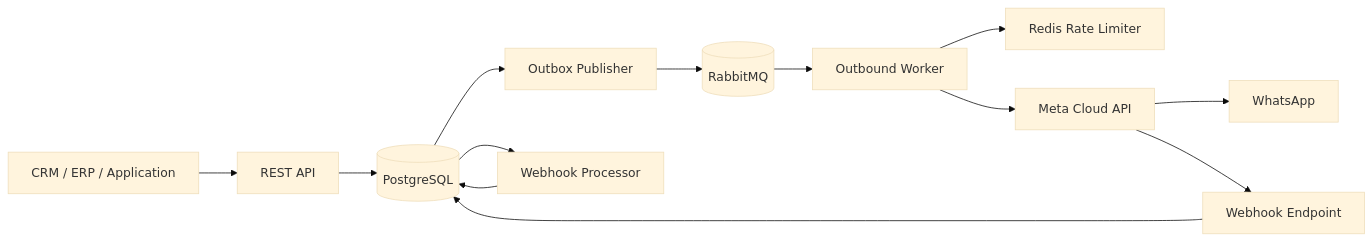
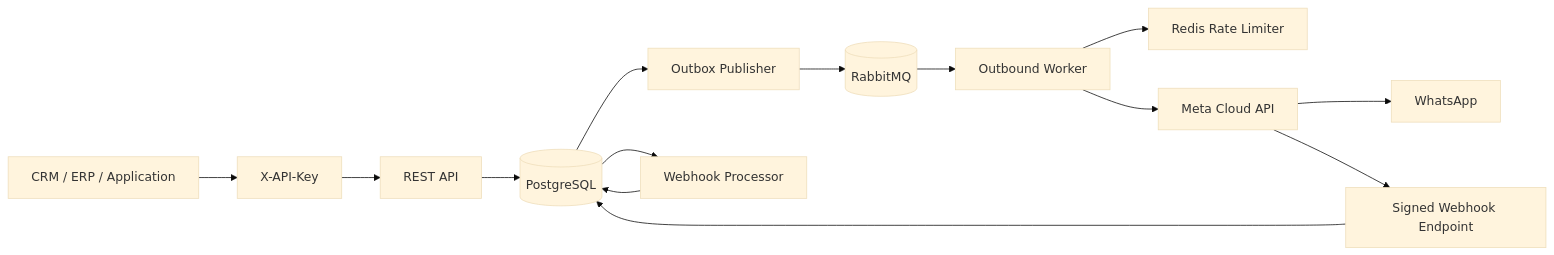
One commit to netctc/apiWhatsApp changed the diagram in README.md. Above: the diagram before and after it, drawn with Mermaid (base theme). The commit also changed other lines of this file, not shown here.

````diff
--- a/README.md
+++ b/README.md
@@ -32,15 +35,16 @@
 ```mermaid
 flowchart LR
-    Client[CRM / ERP / Application] --> API[REST API]
+    Client[CRM / ERP / Application] --> Auth[X-API-Key]
+    Auth --> API[REST API]
     API --> DB[(PostgreSQL)]
     DB --> Outbox[Outbox Publisher]
     Outbox --> MQ[(RabbitMQ)]
     MQ --> Worker[Outbound Worker]
     Worker --> Rate[Redis Rate Limiter]
     Worker --> Meta[Meta Cloud API]
     Meta --> WA[WhatsApp]
-    Meta --> Webhook[Webhook Endpoint]
+    Meta --> Webhook[Signed Webhook Endpoint]
     Webhook --> DB
     DB --> Processor[Webhook Processor]
     Processor --> DB
 ```
````
